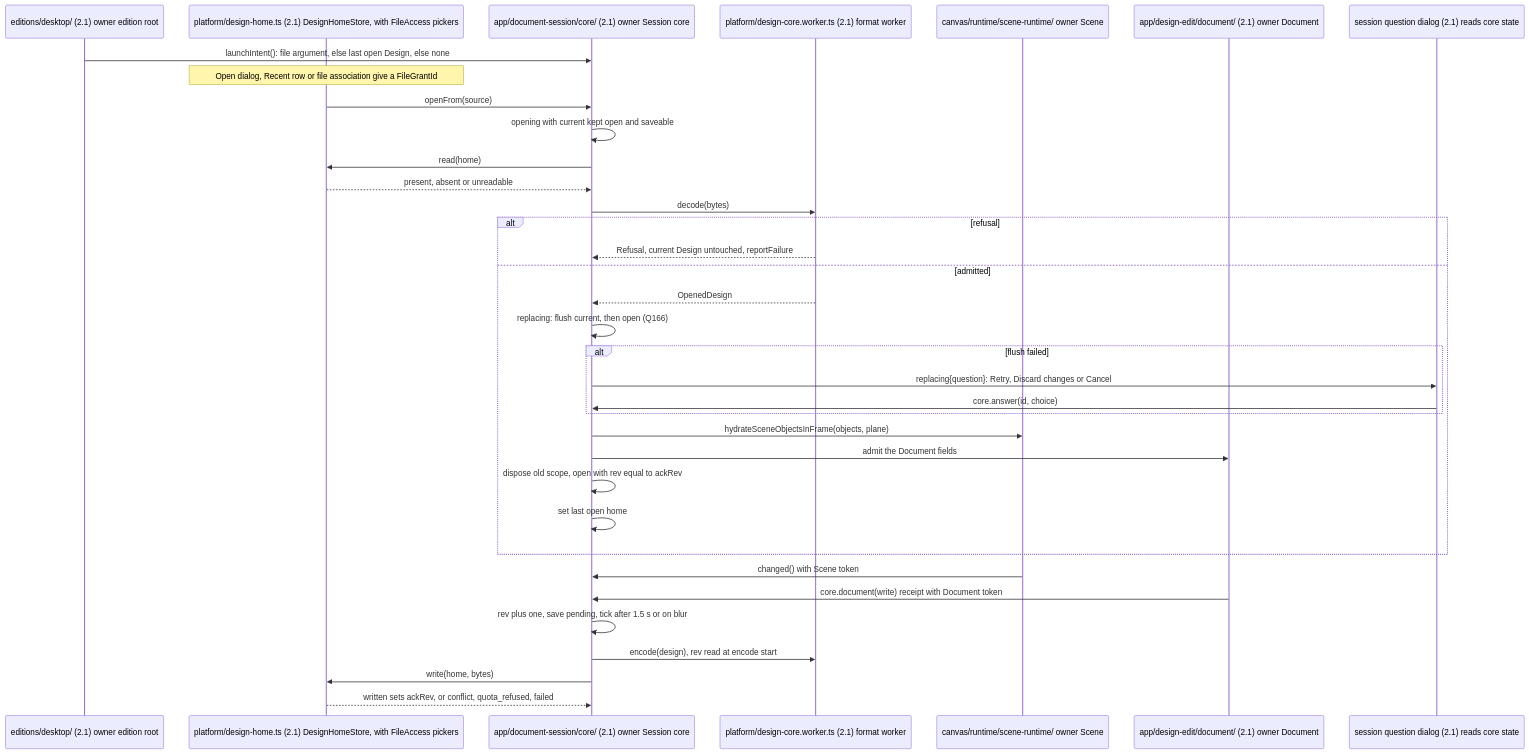
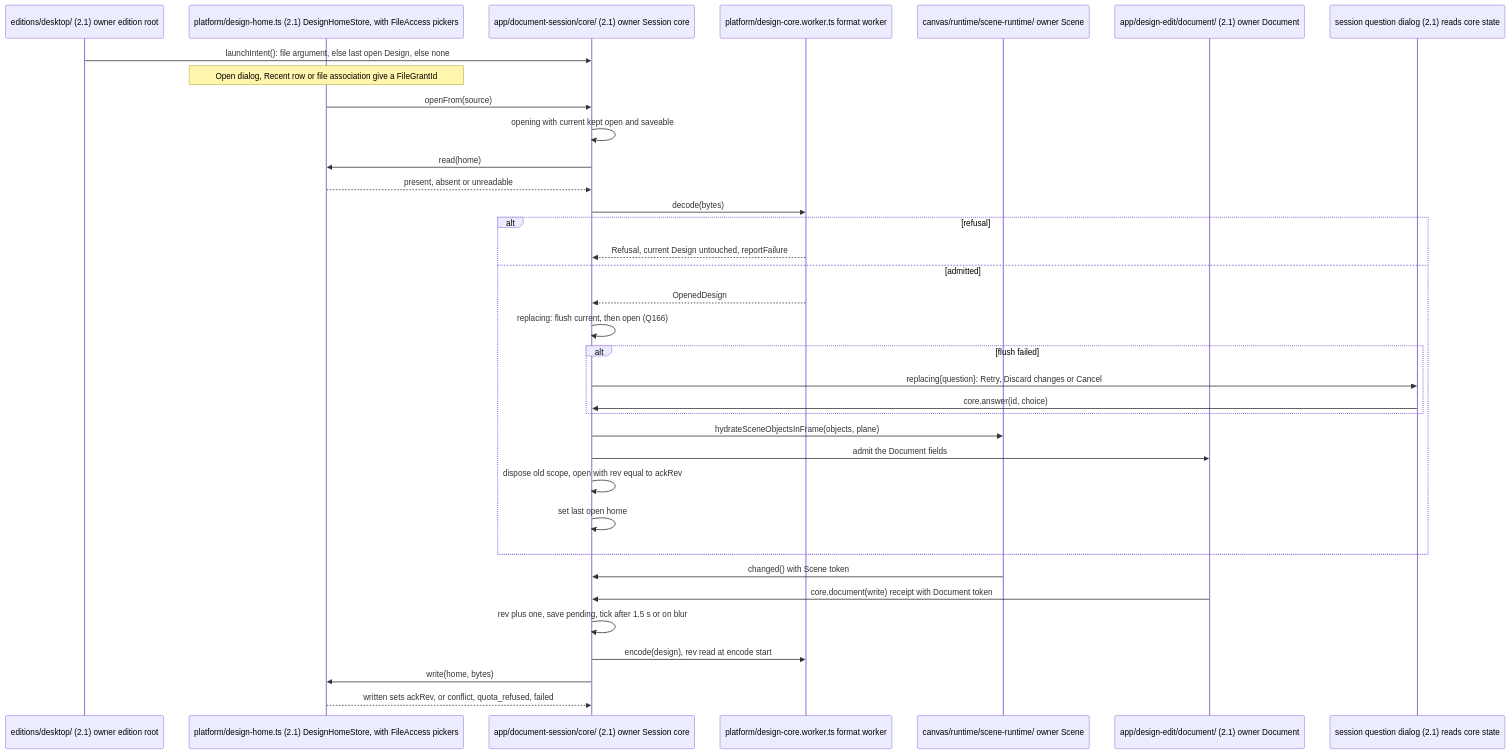
One commit to opencanopi/canopi changed the first of 6 diagrams in docs/architecture/flows-document.md. Above: the diagram before and after it, drawn with Mermaid. The commit also changed other lines of this file and 57 other files, not shown here.

First line of the commit message:
feat(format): the format worker probe, canopi-redact linked in canopi-format-wasm and instantiated in every engine (canopi-f47t.52.270)

````diff
--- a/docs/architecture/flows-document.md
+++ b/docs/architecture/flows-document.md
@@ -10,37 +10,37 @@
 ```mermaid
 sequenceDiagram
   participant Root as editions/desktop/ (2.1) owner edition root
   participant Home as platform/design-home.ts (2.1) DesignHomeStore, with FileAccess pickers
   participant Core as app/document-session/core/ (2.1) owner Session core
-  participant Fmt as platform/design-core.worker.ts (2.1) format worker
+  participant Fmt as platform/design-core.worker.ts format worker
   participant Scene as canvas/runtime/scene-runtime/ owner Scene
   participant Doc as app/design-edit/document/ (2.1) owner Document
   participant Ask as session question dialog (2.1) reads core state
   Root->>Core: launchIntent(): file argument, else last open Design, else none
   Note over Home: Open dialog, Recent row or file association give a FileGrantId
   Home->>Core: openFrom(source)
   Core->>Core: opening with current kept open and saveable
   Core->>Home: read(home)
   Home-->>Core: present, absent or unreadable
   Core->>Fmt: decode(bytes)
   alt refusal
     Fmt-->>Core: Refusal, current Design untouched, reportFailure
   else admitted
     Fmt-->>Core: OpenedDesign
     Core->>Core: replacing: flush current, then open (Q166)
     alt flush failed
       Core->>Ask: replacing{question}: Retry, Discard changes or Cancel
       Ask->>Core: core.answer(id, choice)
     end
     Core->>Scene: hydrateSceneObjectsInFrame(objects, plane)
     Core->>Doc: admit the Document fields
     Core->>Core: dispose old scope, open with rev equal to ackRev
     Core->>Core: set last open home
   end
   Scene->>Core: changed() with Scene token
   Doc->>Core: core.document(write) receipt with Document token
   Core->>Core: rev plus one, save pending, tick after 1.5 s or on blur
   Core->>Fmt: encode(design), rev read at encode start
   Core->>Home: write(home, bytes)
   Home-->>Core: written sets ackRev, or conflict, quota_refused, failed
 ```
````
